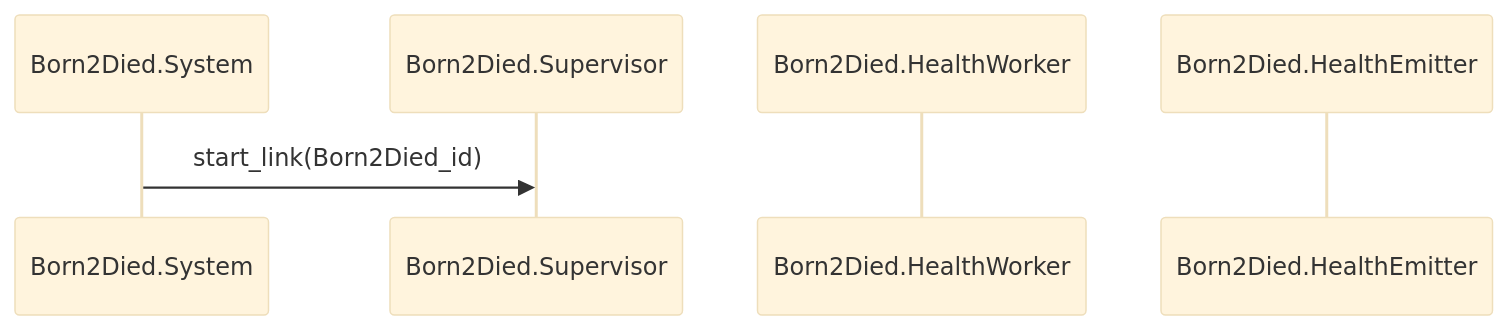
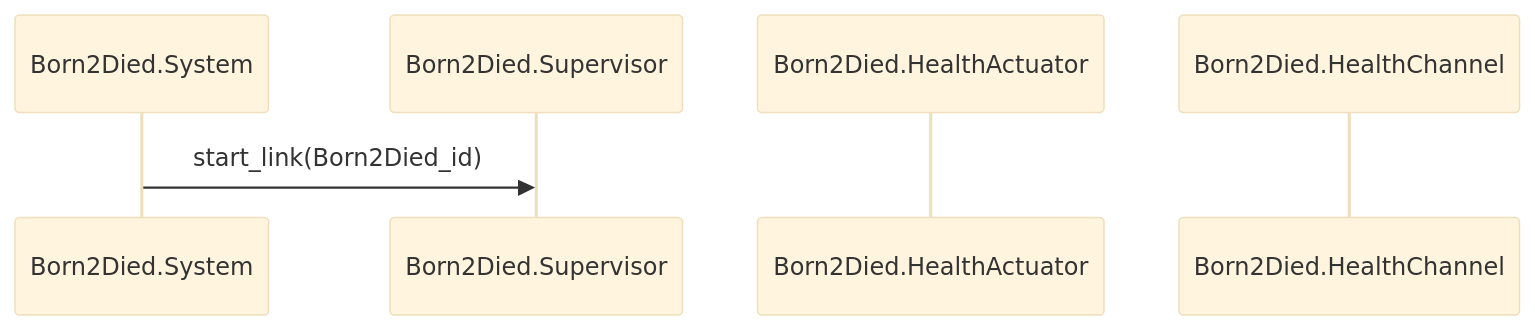
One commit to beam-campus/swai changed the second of 2 diagrams in system/apps/swai_edge/lib/born_2_died/readme.md. Above: the diagram before and after it, drawn with Mermaid (base theme). The commit also changed other lines of this file and 46 other files, not shown here.

````diff
--- a/system/apps/swai_edge/lib/born_2_died/readme.md
+++ b/system/apps/swai_edge/lib/born_2_died/readme.md
@@ -35,10 +35,10 @@
 ```mermaid
 sequenceDiagram
   participant Born2Died.System
   participant Born2Died.Supervisor
-  participant Born2Died.HealthWorker
-  participant Born2Died.HealthEmitter
+  participant Born2Died.HealthActuator
+  participant Born2Died.HealthChannel
 
   Born2Died.System->>Born2Died.Supervisor : start_link(Born2Died_id)
 
 ```
````
